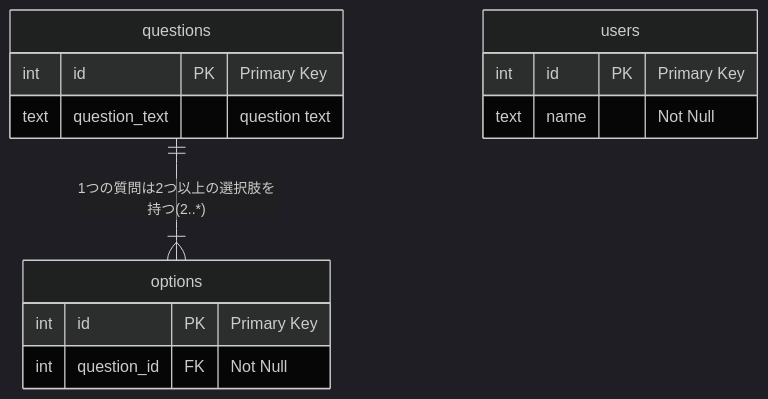
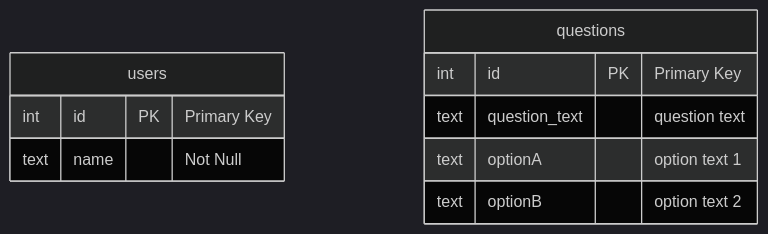
Before and after one commit to Hhelibebcnofne/escalator-enquete: the diagram in docs/db.md, drawn with Mermaid (dark theme). The commit also changed other lines of this file, not shown here.

Commit message:
feat: Adjust table schema

````diff
--- a/docs/db.md
+++ b/docs/db.md
@@ -5,21 +5,15 @@
 ```mermaid
 erDiagram
-    questions ||--|{ options : "1つの質問は2つ以上の選択肢を持つ(2..*)"
-
     users {
         int id PK "Primary Key"
         text name "Not Null"
     }
 
     questions {
         int id PK "Primary Key"
         text question_text "question text"
-    }
-
-    options {
-        int id PK "Primary Key"
-        int question_id FK "Not Null"
-
+        text optionA "option text 1"
+        text optionB "option text 2"
     }
 
 ```
````
